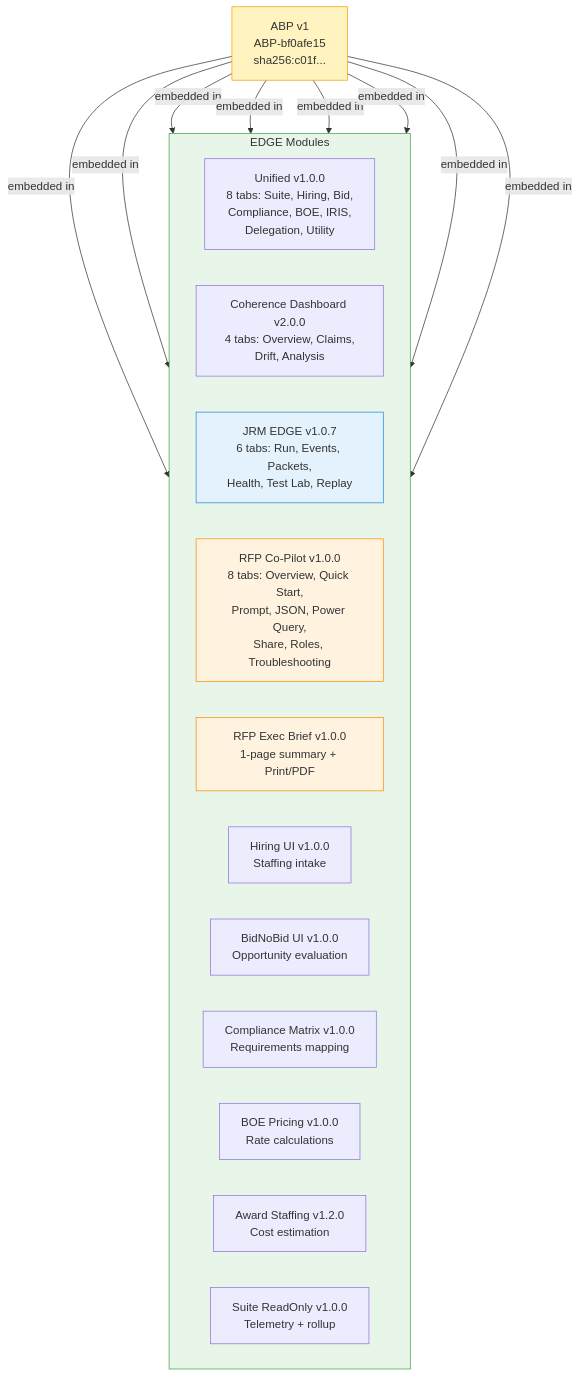
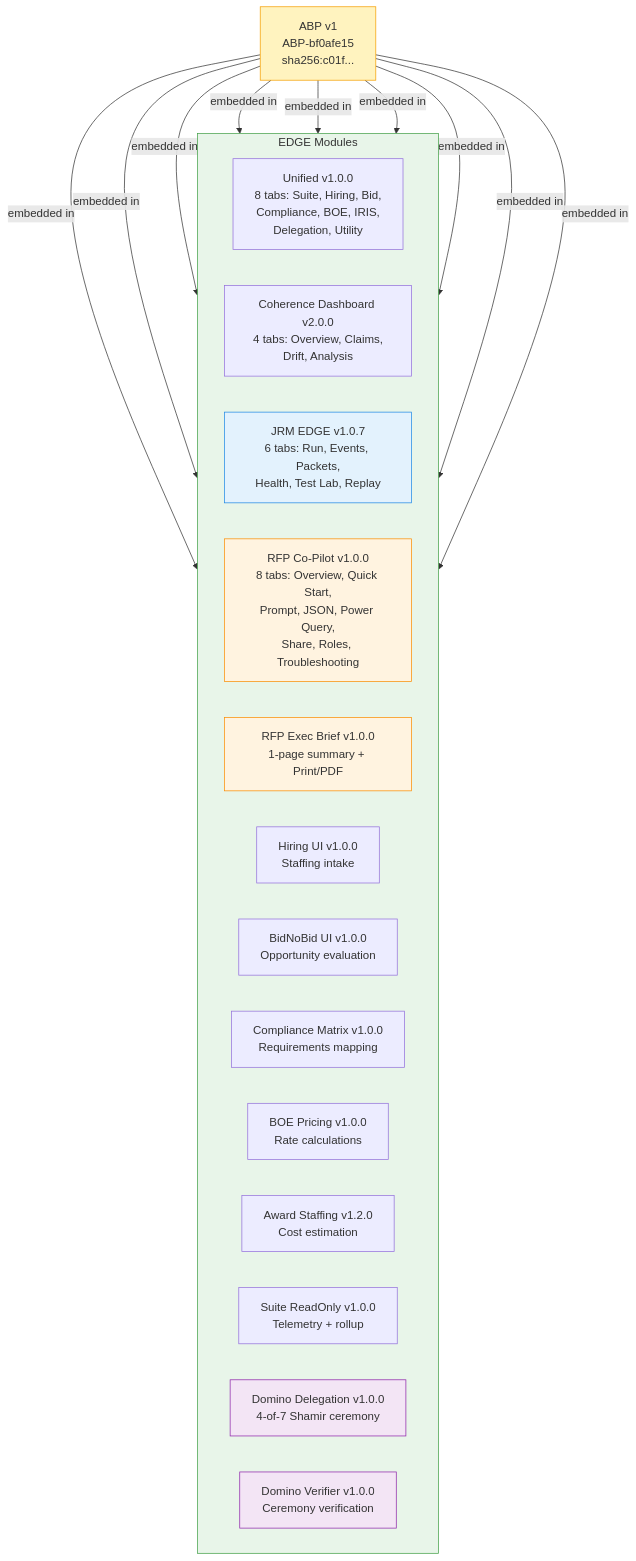
One commit to 8ryanWh1t3/DeepSigma changed the first of 8 diagrams in enterprise/docs/mermaid/17-edge-system.md. Above: the diagram before and after it, drawn with Mermaid. The commit also changed other lines of this file and 7 other files, not shown here.

First line of the commit message:
docs: add Domino Delegation Encryption across all doc surfaces

````diff
--- a/enterprise/docs/mermaid/17-edge-system.md
+++ b/enterprise/docs/mermaid/17-edge-system.md
@@ -7,35 +7,40 @@
 ```mermaid
 graph TD
     subgraph EDGE["EDGE Modules"]
         direction LR
         UNI["Unified v1.0.0\n8 tabs: Suite, Hiring, Bid,\nCompliance, BOE, IRIS,\nDelegation, Utility"]
         COH["Coherence Dashboard v2.0.0\n4 tabs: Overview, Claims,\nDrift, Analysis"]
         JRM["JRM EDGE v1.0.7\n6 tabs: Run, Events, Packets,\nHealth, Test Lab, Replay"]
         RFP["RFP Co-Pilot v1.0.0\n8 tabs: Overview, Quick Start,\nPrompt, JSON, Power Query,\nShare, Roles, Troubleshooting"]
         RFPX["RFP Exec Brief v1.0.0\n1-page summary + Print/PDF"]
 
         HIR["Hiring UI v1.0.0\nStaffing intake"]
         BID["BidNoBid UI v1.0.0\nOpportunity evaluation"]
         CMP["Compliance Matrix v1.0.0\nRequirements mapping"]
         BOE["BOE Pricing v1.0.0\nRate calculations"]
         AWD["Award Staffing v1.2.0\nCost estimation"]
         SRO["Suite ReadOnly v1.0.0\nTelemetry + rollup"]
+        DOM["Domino Delegation v1.0.0\n4-of-7 Shamir ceremony"]
+        DVR["Domino Verifier v1.0.0\nCeremony verification"]
     end
 
     ABP["ABP v1\nABP-bf0afe15\nsha256:c01f..."]
 
     ABP -->|"embedded in"| UNI
     ABP -->|"embedded in"| COH
     ABP -->|"embedded in"| HIR
     ABP -->|"embedded in"| BID
     ABP -->|"embedded in"| CMP
     ABP -->|"embedded in"| BOE
     ABP -->|"embedded in"| AWD
     ABP -->|"embedded in"| SRO
+    ABP -->|"embedded in"| DOM
 
     style EDGE fill:#e8f5e9,stroke:#43a047
+    style DOM fill:#f3e5f5,stroke:#8e24aa
+    style DVR fill:#f3e5f5,stroke:#8e24aa
     style ABP fill:#fff3bf,stroke:#f59f00
     style JRM fill:#e3f2fd,stroke:#1e88e5
     style RFP fill:#fff3e0,stroke:#fb8c00
     style RFPX fill:#fff3e0,stroke:#fb8c00
 ```
````
